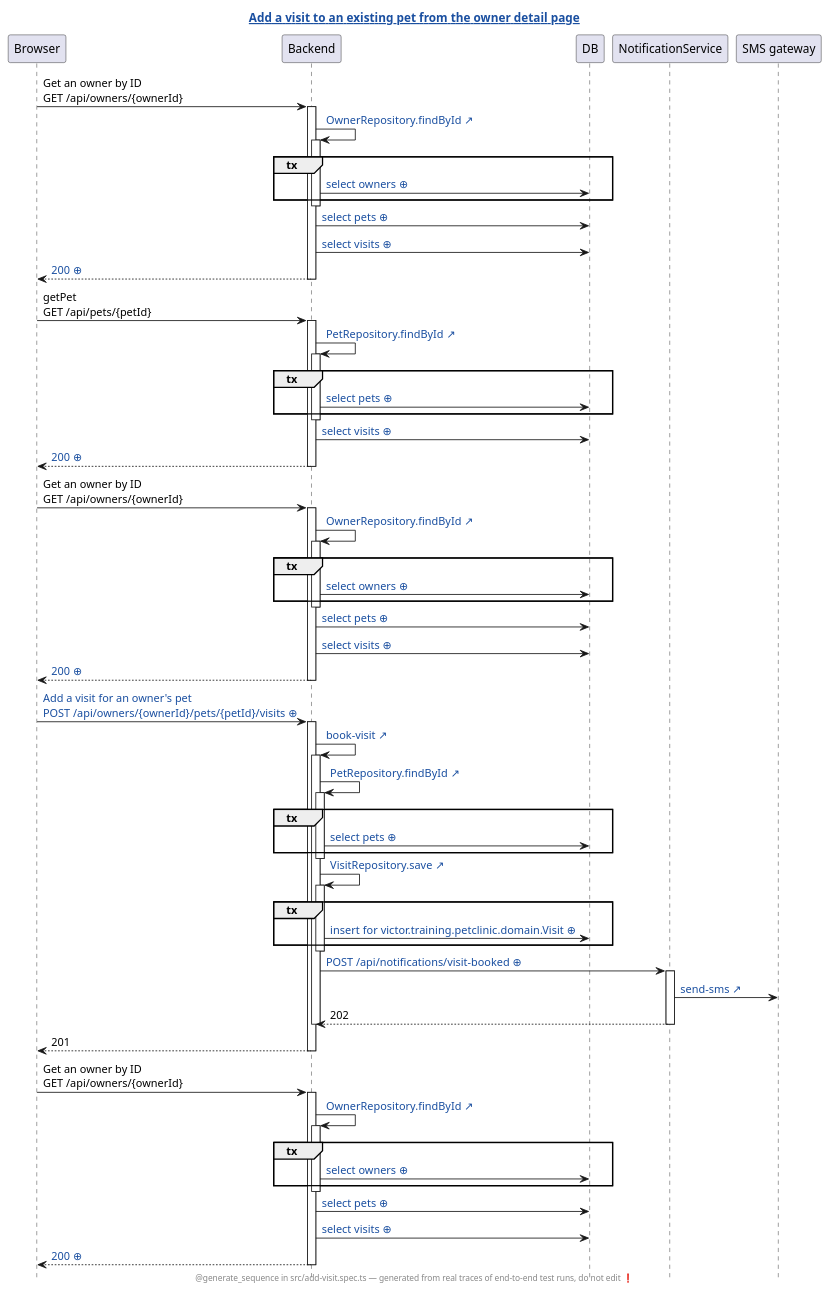
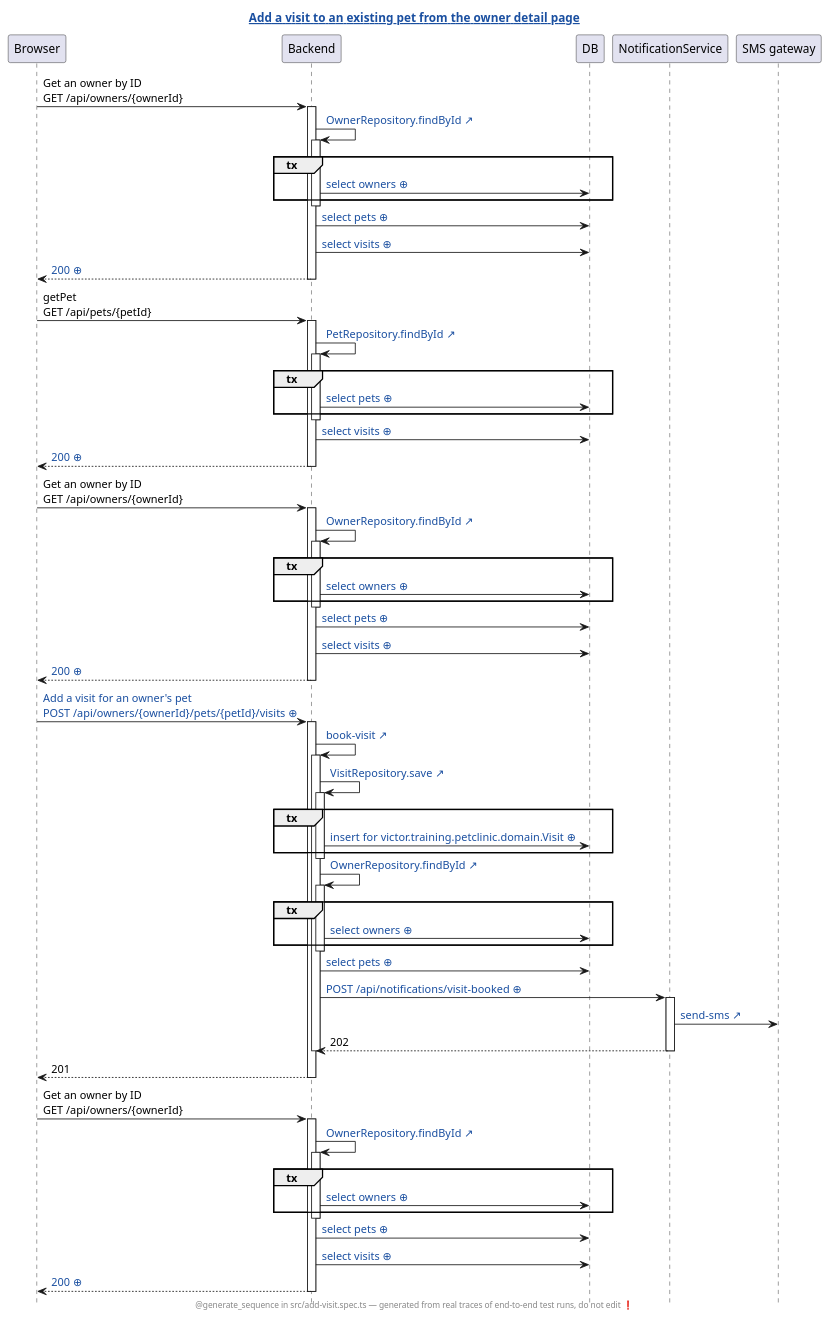
Before and after one commit to victorrentea/petclinic: the diagram in petclinic-test/generated/add-visit.spec.ts.add-a-visit-to-an-existing-pet-from-the-owner-detail-page.genseq.puml, drawn with PlantUML. The commit also changed 10 other files, not shown here.

First line of the commit message:
Owners grid: regenerated trace diagrams, release notes, tasks ticked

```diff
--- a/petclinic-test/generated/add-visit.spec.ts.add-a-visit-to-an-existing-pet-from-the-owner-detail-page.genseq.puml
+++ b/petclinic-test/generated/add-visit.spec.ts.add-a-visit-to-an-existing-pet-from-the-owner-detail-page.genseq.puml
@@ -1,84 +1,85 @@
 @startuml
 ' ⚠️  GENERATED FILE — DO NOT EDIT. Every edit is lost on the next run.
 hide footbox
 skinparam hyperlinkUnderline false
 skinparam hyperlinkColor #1A4FA0
 title [[src://petclinic-test/src/add-visit.spec.ts:31{Click to open the test} Add a visit to an existing pet from the owner detail page]]
 footer @generate_sequence in src/add-visit.spec.ts — generated from real traces of end-to-end test runs, do not edit ❗
 participant Browser
 participant Backend
 participant DB
 participant NotificationService
 participant "SMS gateway"
 Browser -> Backend: Get an owner by ID\nGET /api/owners/{ownerId}
 activate Backend
-Backend -> Backend: [[src://petclinic-backend/src/main/java/victor/training/petclinic/repository/OwnerRepository.java:14{Click to open OwnerRepository.findById} OwnerRepository.findById ↗]]
+Backend -> Backend: [[src://petclinic-backend/src/main/java/victor/training/petclinic/repository/OwnerRepository.java:28{Click to open OwnerRepository.findById} OwnerRepository.findById ↗]]
 activate Backend
 group tx
-Backend -> DB: [[genseq://0x8aana{Click for the statement behind this call} select owners ⊕]]
+Backend -> DB: [[genseq://083xusu{Click for the statement behind this call} select owners ⊕]]
 end
 deactivate Backend
-Backend -> DB: [[genseq://18567ho{Click for the statement behind this call} select pets ⊕]]
-Backend -> DB: [[genseq://13apewa{Click for the statement behind this call} select visits ⊕]]
-Backend --> Browser: [[genseq://1kvauob{Click for this call’s JSON body} 200 ⊕]]
+Backend -> DB: [[genseq://0j0trn8{Click for the statement behind this call} select pets ⊕]]
+Backend -> DB: [[genseq://16xt6fr{Click for the statement behind this call} select visits ⊕]]
+Backend --> Browser: [[genseq://0x0vjb5{Click for this call’s JSON body} 200 ⊕]]
 deactivate Backend
 Browser -> Backend: getPet\nGET /api/pets/{petId}
 activate Backend
 Backend -> Backend: [[src://petclinic-backend/src/main/java/victor/training/petclinic/repository/PetRepository.java:16{Click to open PetRepository.findById} PetRepository.findById ↗]]
 activate Backend
 group tx
-Backend -> DB: [[genseq://0y7w2ps{Click for the statement behind this call} select pets ⊕]]
+Backend -> DB: [[genseq://1cofzyh{Click for the statement behind this call} select pets ⊕]]
 end
 deactivate Backend
-Backend -> DB: [[genseq://13apewa{Click for the statement behind this call} select visits ⊕]]
-Backend --> Browser: [[genseq://0f51kab{Click for this call’s JSON body} 200 ⊕]]
+Backend -> DB: [[genseq://16xt6fr{Click for the statement behind this call} select visits ⊕]]
+Backend --> Browser: [[genseq://1uazcwg{Click for this call’s JSON body} 200 ⊕]]
 deactivate Backend
 Browser -> Backend: Get an owner by ID\nGET /api/owners/{ownerId}
 activate Backend
-Backend -> Backend: [[src://petclinic-backend/src/main/java/victor/training/petclinic/repository/OwnerRepository.java:14{Click to open OwnerRepository.findById} OwnerRepository.findById ↗]]
+Backend -> Backend: [[src://petclinic-backend/src/main/java/victor/training/petclinic/repository/OwnerRepository.java:28{Click to open OwnerRepository.findById} OwnerRepository.findById ↗]]
 activate Backend
 group tx
-Backend -> DB: [[genseq://0x8aana{Click for the statement behind this call} select owners ⊕]]
+Backend -> DB: [[genseq://083xusu{Click for the statement behind this call} select owners ⊕]]
 end
 deactivate Backend
-Backend -> DB: [[genseq://18567ho{Click for the statement behind this call} select pets ⊕]]
-Backend -> DB: [[genseq://13apewa{Click for the statement behind this call} select visits ⊕]]
-Backend --> Browser: [[genseq://1kvauob{Click for this call’s JSON body} 200 ⊕]]
+Backend -> DB: [[genseq://0j0trn8{Click for the statement behind this call} select pets ⊕]]
+Backend -> DB: [[genseq://16xt6fr{Click for the statement behind this call} select visits ⊕]]
+Backend --> Browser: [[genseq://0x0vjb5{Click for this call’s JSON body} 200 ⊕]]
 deactivate Backend
-Browser -> Backend: [[genseq://0ikez13{Click for this call’s JSON body} Add a visit for an owner's pet\nPOST /api/owners/{ownerId}/pets/{petId}/visits ⊕]]
+Browser -> Backend: [[genseq://0cvvasp{Click for this call’s JSON body} Add a visit for an owner's pet\nPOST /api/owners/{ownerId}/pets/{petId}/visits ⊕]]
 activate Backend
-Backend -> Backend: [[src://petclinic-backend/src/main/java/victor/training/petclinic/rest/OwnerRestController.java:189{Click to open OwnerRestController.bookVisit} book-visit ↗]]
+Backend -> Backend: [[src://petclinic-backend/src/main/java/victor/training/petclinic/rest/OwnerRestController.java:239{Click to open OwnerRestController.bookVisit} book-visit ↗]]
 activate Backend
-Backend -> Backend: [[src://petclinic-backend/src/main/java/victor/training/petclinic/repository/PetRepository.java:16{Click to open PetRepository.findById} PetRepository.findById ↗]]
-activate Backend
-group tx
-Backend -> DB: [[genseq://0y7w2ps{Click for the statement behind this call} select pets ⊕]]
-end
-deactivate Backend
 Backend -> Backend: [[src://petclinic-backend/src/main/java/victor/training/petclinic/repository/VisitRepository.java:14{Click to open VisitRepository.save} VisitRepository.save ↗]]
 activate Backend
 group tx
-Backend -> DB: [[genseq://0ko5dse{Click for the statement behind this call} insert for victor.training.petclinic.domain.Visit ⊕]]
+Backend -> DB: [[genseq://18qtd7e{Click for the statement behind this call} insert for victor.training.petclinic.domain.Visit ⊕]]
 end
 deactivate Backend
-Backend -> NotificationService: [[genseq://143ezko{Click for this call’s JSON body} POST /api/notifications/visit-booked ⊕]]
+Backend -> Backend: [[src://petclinic-backend/src/main/java/victor/training/petclinic/repository/OwnerRepository.java:28{Click to open OwnerRepository.findById} OwnerRepository.findById ↗]]
+activate Backend
+group tx
+Backend -> DB: [[genseq://083xusu{Click for the statement behind this call} select owners ⊕]]
+end
+deactivate Backend
+Backend -> DB: [[genseq://0j0trn8{Click for the statement behind this call} select pets ⊕]]
+Backend -> NotificationService: [[genseq://0a5r3wo{Click for this call’s JSON body} POST /api/notifications/visit-booked ⊕]]
 activate NotificationService
 NotificationService -> "SMS gateway": [[src://notification-service/src/main/java/victor/training/notification/SmsGateway.java:23{Click to open SmsGateway.send} send-sms ↗]]
 NotificationService --> Backend: 202
 deactivate NotificationService
 deactivate Backend
 Backend --> Browser: 201
 deactivate Backend
 Browser -> Backend: Get an owner by ID\nGET /api/owners/{ownerId}
 activate Backend
-Backend -> Backend: [[src://petclinic-backend/src/main/java/victor/training/petclinic/repository/OwnerRepository.java:14{Click to open OwnerRepository.findById} OwnerRepository.findById ↗]]
+Backend -> Backend: [[src://petclinic-backend/src/main/java/victor/training/petclinic/repository/OwnerRepository.java:28{Click to open OwnerRepository.findById} OwnerRepository.findById ↗]]
 activate Backend
 group tx
-Backend -> DB: [[genseq://0x8aana{Click for the statement behind this call} select owners ⊕]]
+Backend -> DB: [[genseq://083xusu{Click for the statement behind this call} select owners ⊕]]
 end
 deactivate Backend
-Backend -> DB: [[genseq://18567ho{Click for the statement behind this call} select pets ⊕]]
-Backend -> DB: [[genseq://13apewa{Click for the statement behind this call} select visits ⊕]]
-Backend --> Browser: [[genseq://19m3aru{Click for this call’s JSON body} 200 ⊕]]
+Backend -> DB: [[genseq://0j0trn8{Click for the statement behind this call} select pets ⊕]]
+Backend -> DB: [[genseq://16xt6fr{Click for the statement behind this call} select visits ⊕]]
+Backend --> Browser: [[genseq://1hfo55q{Click for this call’s JSON body} 200 ⊕]]
 deactivate Backend
 @enduml
```
